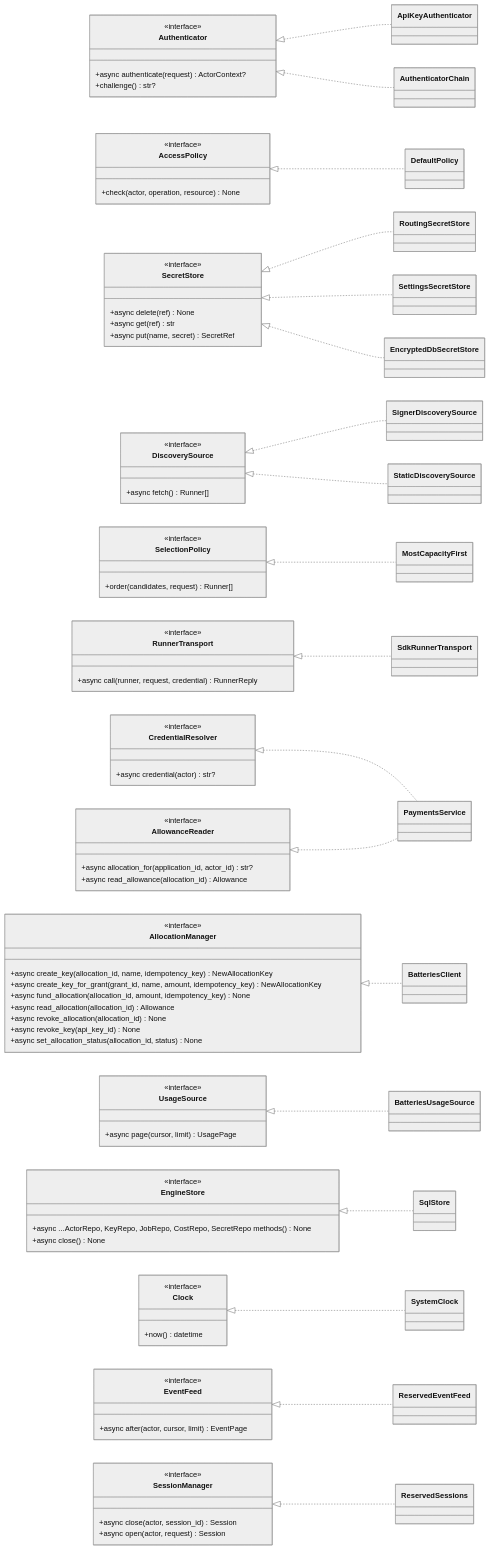
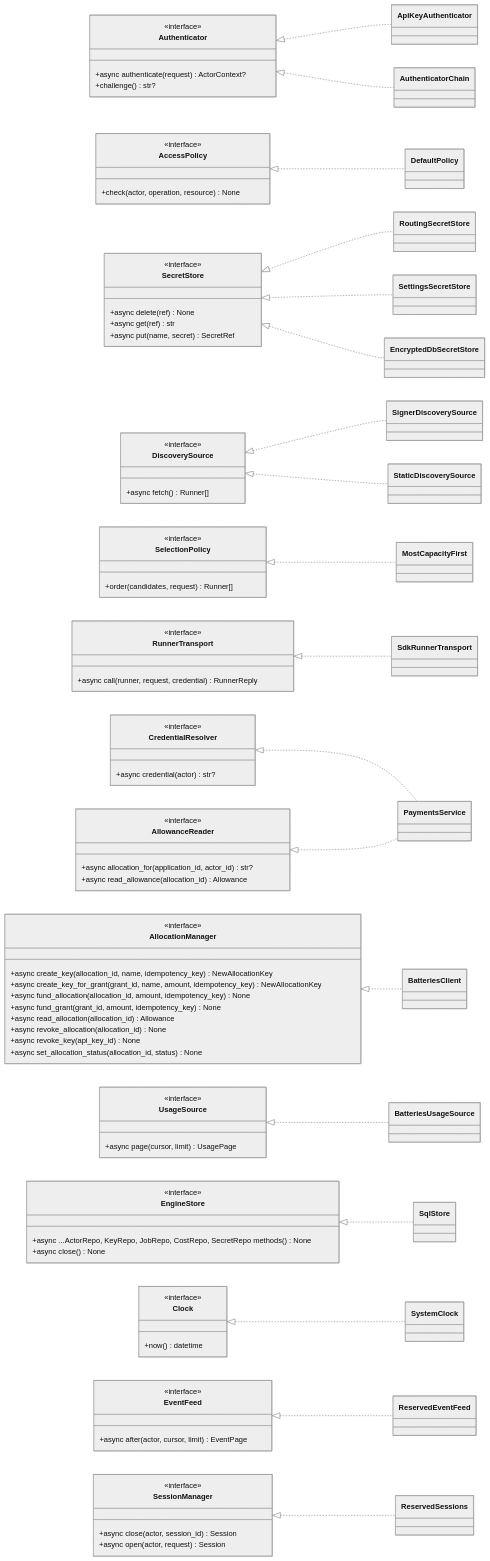
The diagram in docs/generated/interfaces.md (NE-Build-Track/livepeer-builder-core), drawn with Mermaid (neutral theme) before and after one commit. The commit also changed 7 other files, not shown here.

First line of the commit message:
Document that the engine may fund its configured grant.

```diff
--- a/docs/generated/interfaces.md
+++ b/docs/generated/interfaces.md
@@ -45,6 +45,7 @@
         +async create_key(allocation_id, name, idempotency_key) NewAllocationKey
         +async create_key_for_grant(grant_id, name, amount, idempotency_key) NewAllocationKey
         +async fund_allocation(allocation_id, amount, idempotency_key) None
+        +async fund_grant(grant_id, amount, idempotency_key) None
         +async read_allocation(allocation_id) Allowance
         +async revoke_allocation(allocation_id) None
         +async revoke_key(api_key_id) None
```
